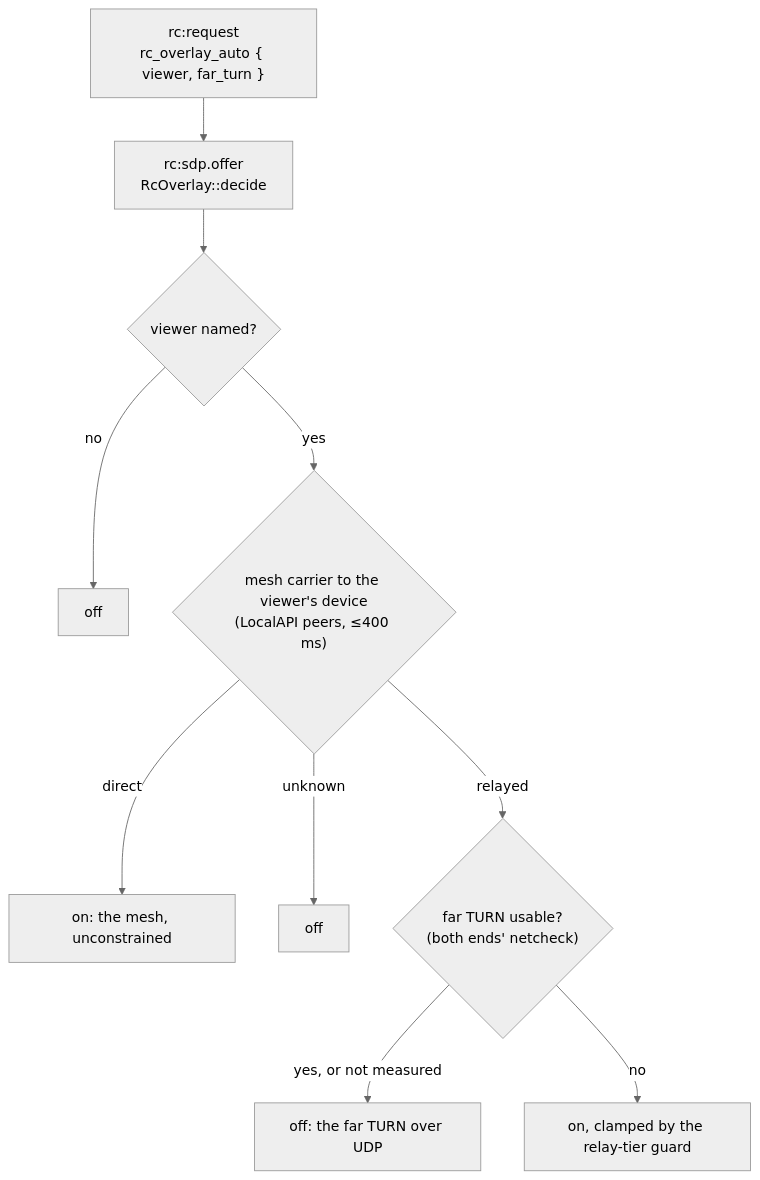
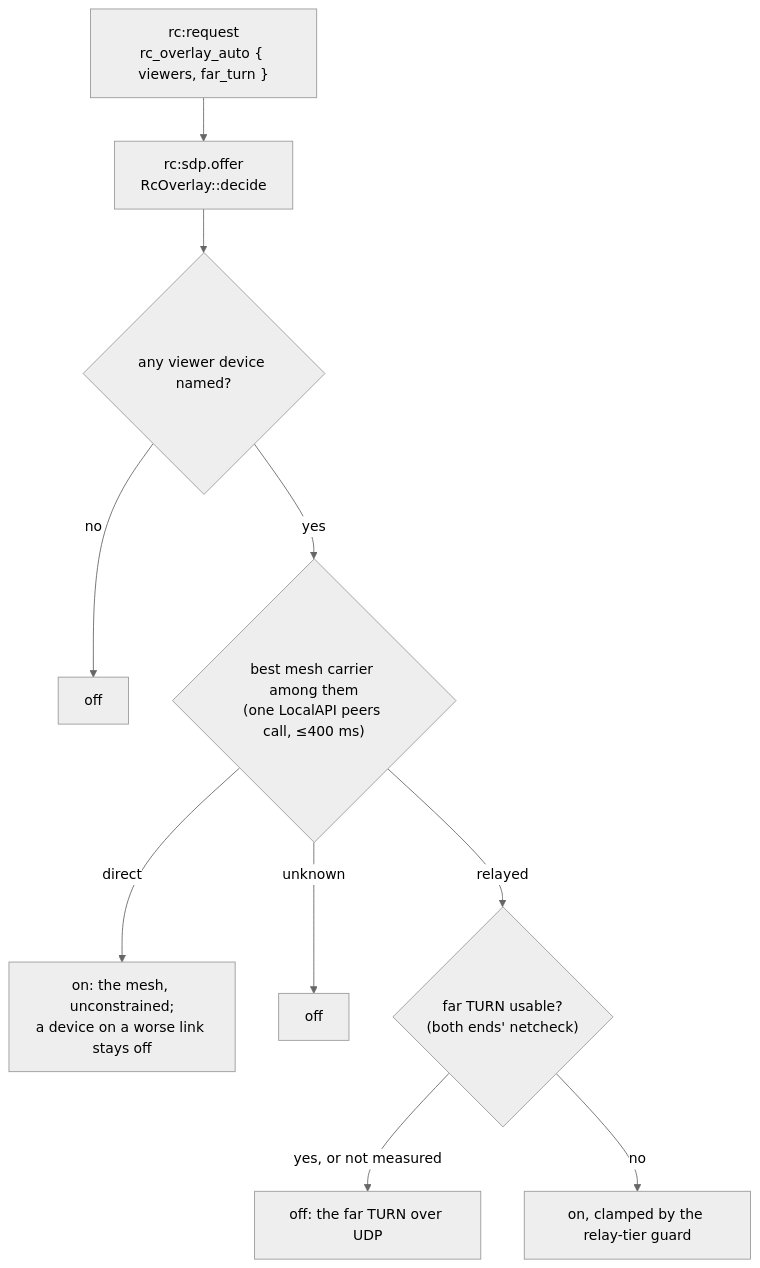
The fourth of 34 diagrams in docs/remote-control.md (gjovanov/roomler-ai), drawn with Mermaid (neutral theme) before and after one commit. The commit also changed other lines of this file and 8 other files, not shown here.

````diff
--- a/docs/remote-control.md
+++ b/docs/remote-control.md
@@ -277,12 +277,12 @@
 ```mermaid
 flowchart TD
-    R["rc:request<br/>rc_overlay_auto { viewer, far_turn }"] --> O["rc:sdp.offer<br/>RcOverlay::decide"]
-    O --> V{"viewer named?"}
+    R["rc:request<br/>rc_overlay_auto { viewers, far_turn }"] --> O["rc:sdp.offer<br/>RcOverlay::decide"]
+    O --> V{"any viewer device named?"}
     V -->|no| OFF1["off"]
-    V -->|yes| C{"mesh carrier to the viewer's device<br/>(LocalAPI peers, ≤400 ms)"}
-    C -->|direct| ON1["on: the mesh, unconstrained"]
+    V -->|yes| C{"best mesh carrier among them<br/>(one LocalAPI peers call, ≤400 ms)"}
+    C -->|direct| ON1["on: the mesh, unconstrained;<br/>a device on a worse link stays off"]
     C -->|unknown| OFF2["off"]
     C -->|relayed| T{"far TURN usable?<br/>(both ends' netcheck)"}
     T -->|yes, or not measured| OFF3["off: the far TURN over UDP"]
     T -->|no| ON2["on, clamped by the relay-tier guard"]
 ```
````
